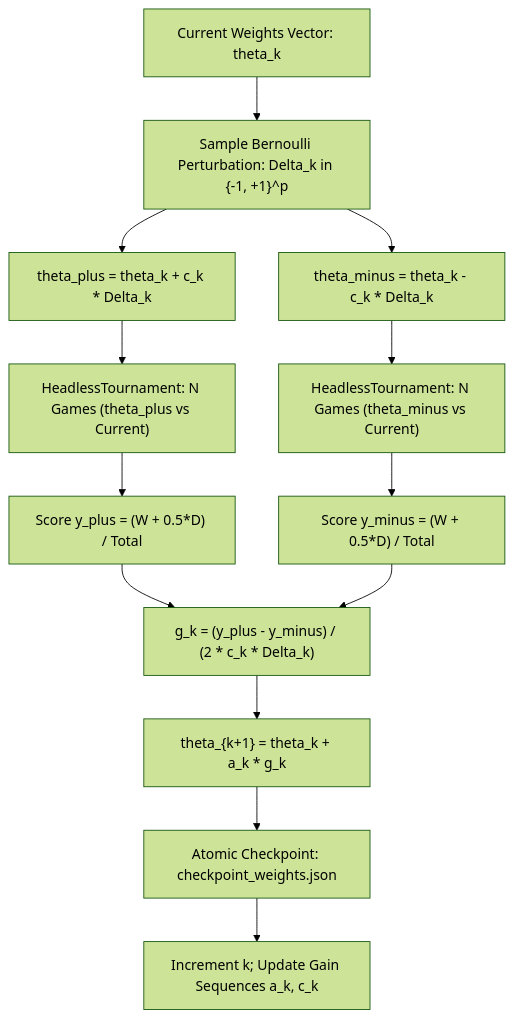
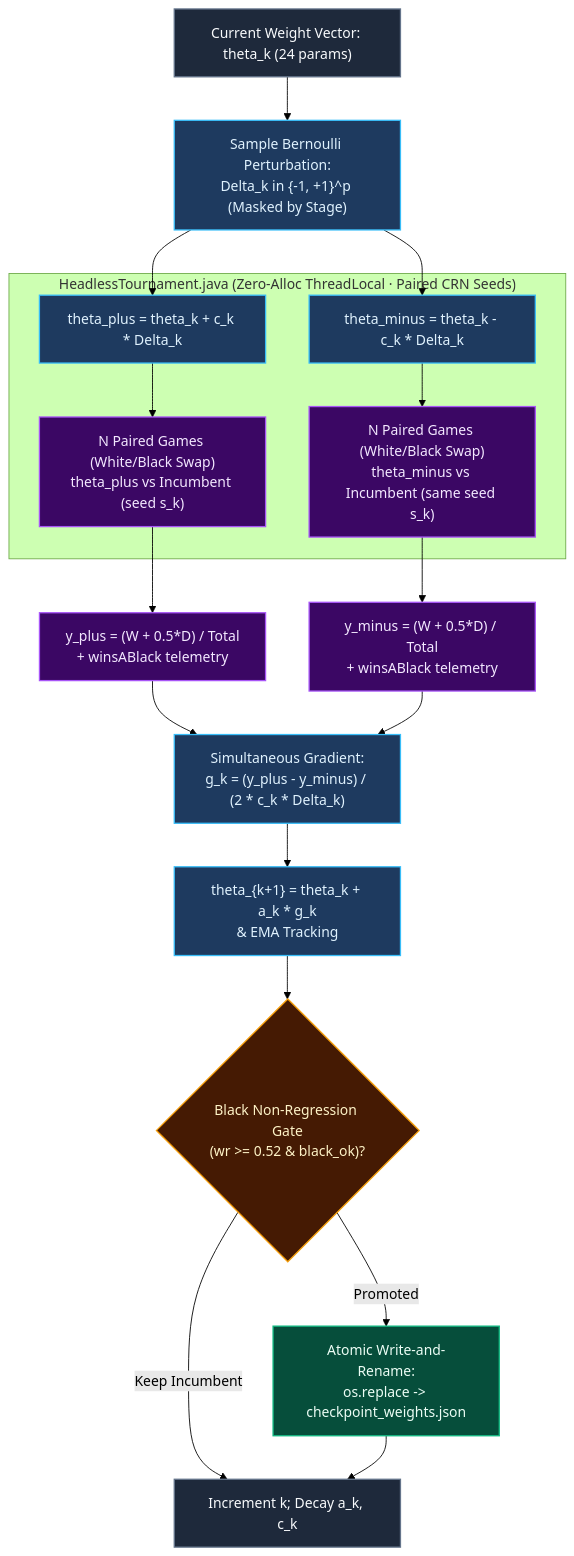
One commit to MercuryDCD/Tablut-FundamentalsAIMASTER changed the diagram in docs/wiki/06-Offline-Tuning-Pipeline-SPSA.md. Above: the diagram before and after it, drawn with Mermaid (forest theme). The commit also changed other lines of this file and 14 other files, not shown here.

Commit message:
docs: upgrade README and wiki with vector SVG diagrams and styled Mermaid charts

````diff
--- a/docs/wiki/06-Offline-Tuning-Pipeline-SPSA.md
+++ b/docs/wiki/06-Offline-Tuning-Pipeline-SPSA.md
@@ -36,19 +36,29 @@
 ```mermaid
 flowchart TD
-    Start["Current Weights Vector: theta_k"] --> GenDelta["Sample Bernoulli Perturbation: Delta_k in {-1, +1}^p"]
-    GenDelta --> VectorPlus["theta_plus = theta_k + c_k * Delta_k"]
-    GenDelta --> VectorMinus["theta_minus = theta_k - c_k * Delta_k"]
-    
-    VectorPlus --> SimPlus["HeadlessTournament: N Games (theta_plus vs Current)"]
-    VectorMinus --> SimMinus["HeadlessTournament: N Games (theta_minus vs Current)"]
-    
-    SimPlus --> EvalPlus["Score y_plus = (W + 0.5*D) / Total"]
-    SimMinus --> EvalMinus["Score y_minus = (W + 0.5*D) / Total"]
-    
-    EvalPlus --> GradCalc["g_k = (y_plus - y_minus) / (2 * c_k * Delta_k)"]
+    classDef state fill:#1e293b,stroke:#64748b,color:#f8fafc,stroke-width:1.5px
+    classDef perturb fill:#1e3a5f,stroke:#38bdf8,color:#e0f2fe,stroke-width:1.5px
+    classDef sim fill:#3b0764,stroke:#a855f7,color:#f3e8ff,stroke-width:1.5px
+    classDef gate fill:#451a03,stroke:#f59e0b,color:#fef3c7,stroke-width:1.5px
+    classDef save fill:#064e3b,stroke:#10b981,color:#ecfdf5,stroke-width:1.5px
+
+    Start["Current Weight Vector: theta_k (24 params)"]:::state --> GenDelta["Sample Bernoulli Perturbation:<br/>Delta_k in {-1, +1}^p (Masked by Stage)"]:::perturb
+    GenDelta --> VectorPlus["theta_plus = theta_k + c_k * Delta_k"]:::perturb
+    GenDelta --> VectorMinus["theta_minus = theta_k - c_k * Delta_k"]:::perturb
+
+    subgraph CRN["HeadlessTournament.java (Zero-Alloc ThreadLocal · Paired CRN Seeds)"]
+        VectorPlus --> SimPlus["N Paired Games (White/Black Swap)<br/>theta_plus vs Incumbent (seed s_k)"]:::sim
+        VectorMinus --> SimMinus["N Paired Games (White/Black Swap)<br/>theta_minus vs Incumbent (same seed s_k)"]:::sim
+    end
+
+    SimPlus --> EvalPlus["y_plus = (W + 0.5*D) / Total<br/>+ winsABlack telemetry"]:::sim
+    SimMinus --> EvalMinus["y_minus = (W + 0.5*D) / Total<br/>+ winsABlack telemetry"]:::sim
+
+    EvalPlus --> GradCalc["Simultaneous Gradient:<br/>g_k = (y_plus - y_minus) / (2 * c_k * Delta_k)"]:::perturb
     EvalMinus --> GradCalc
-    
-    GradCalc --> Update["theta_{k+1} = theta_k + a_k * g_k"]
-    Update --> Checkpoint["Atomic Checkpoint: checkpoint_weights.json"]
-    Checkpoint --> NextIter["Increment k; Update Gain Sequences a_k, c_k"]
+
+    GradCalc --> Update["theta_{k+1} = theta_k + a_k * g_k<br/>&amp; EMA Tracking"]:::perturb
+    Update --> Gate{"Black Non-Regression Gate<br/>(wr >= 0.52 &amp; black_ok)?"}:::gate
+    Gate -- "Promoted" --> Checkpoint["Atomic Write-and-Rename:<br/>os.replace -> checkpoint_weights.json"]:::save
+    Gate -- "Keep Incumbent" --> NextIter["Increment k; Decay a_k, c_k"]:::state
+    Checkpoint --> NextIter
 ```
````
